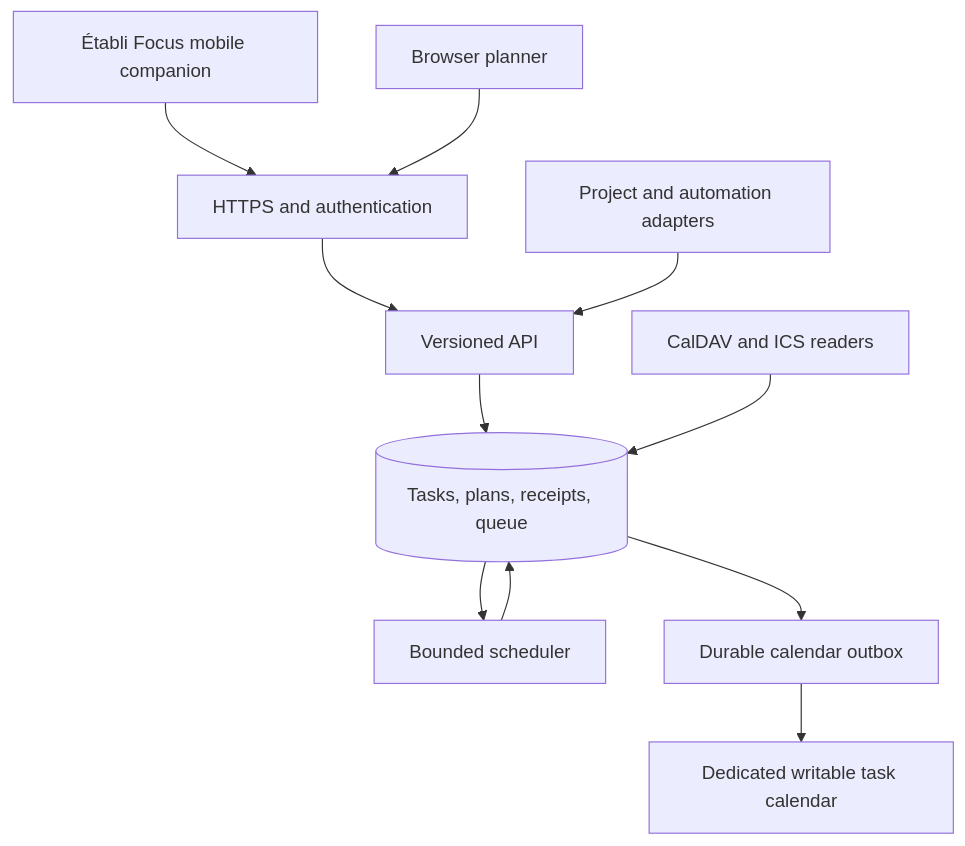
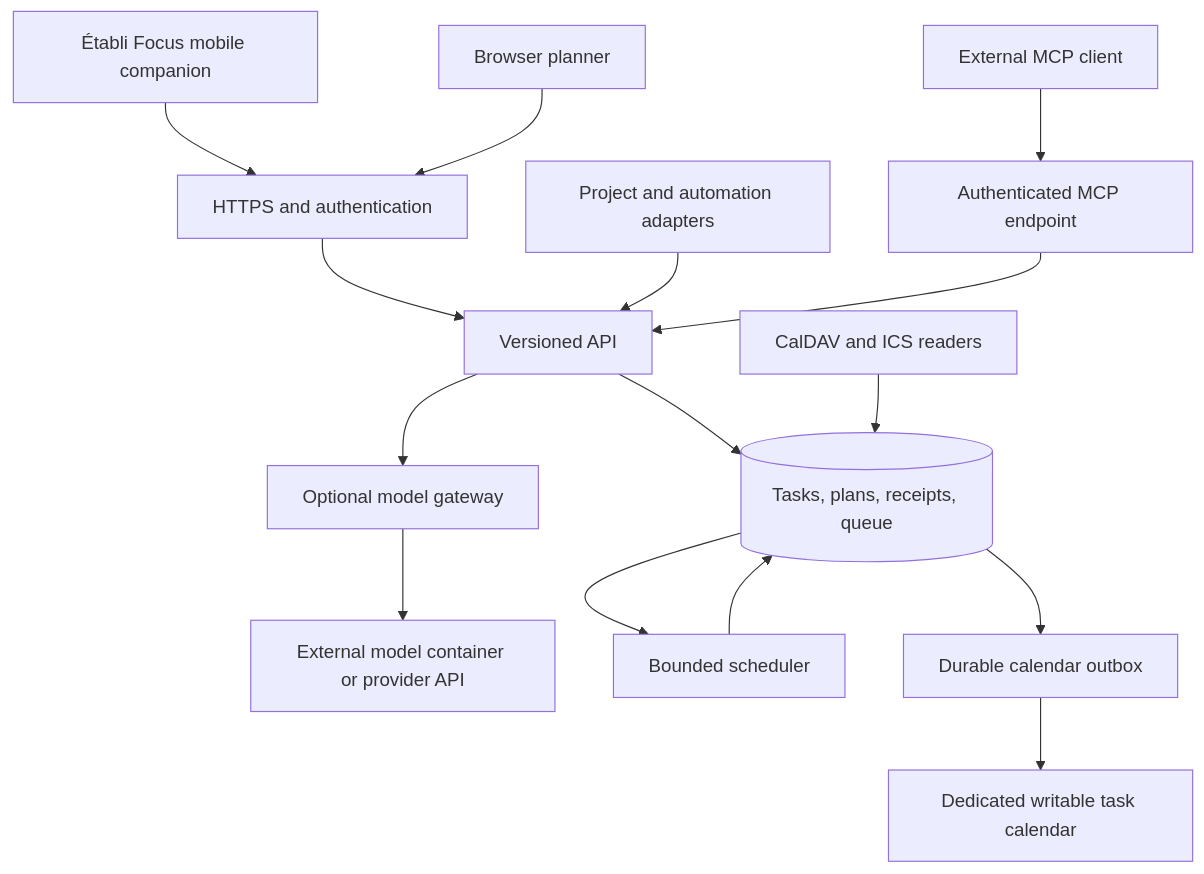
Before and after one commit to etabli-dev/etabli-interstice: the diagram in docs/architecture.md, drawn with Mermaid. The commit also changed other lines of this file and 5 other files, not shown here.

Commit message:
Specify MCP access and external model connections

````diff
--- a/docs/architecture.md
+++ b/docs/architecture.md
@@ -9,13 +9,17 @@
 ```mermaid
 flowchart TD
   F[Établi Focus mobile companion] --> H[HTTPS and authentication]
   W[Browser planner] --> H
   H --> A[Versioned API]
   M[Project and automation adapters] --> A
+  X[External MCP client] --> T[Authenticated MCP endpoint]
+  T --> A
+  A --> G[Optional model gateway]
+  G --> L[External model container or provider API]
   A --> D[(Tasks, plans, receipts, queue)]
   D --> S[Bounded scheduler]
   S --> D
   C[CalDAV and ICS readers] --> D
   D --> O[Durable calendar outbox]
   O --> P[Dedicated writable task calendar]
 ```
````
